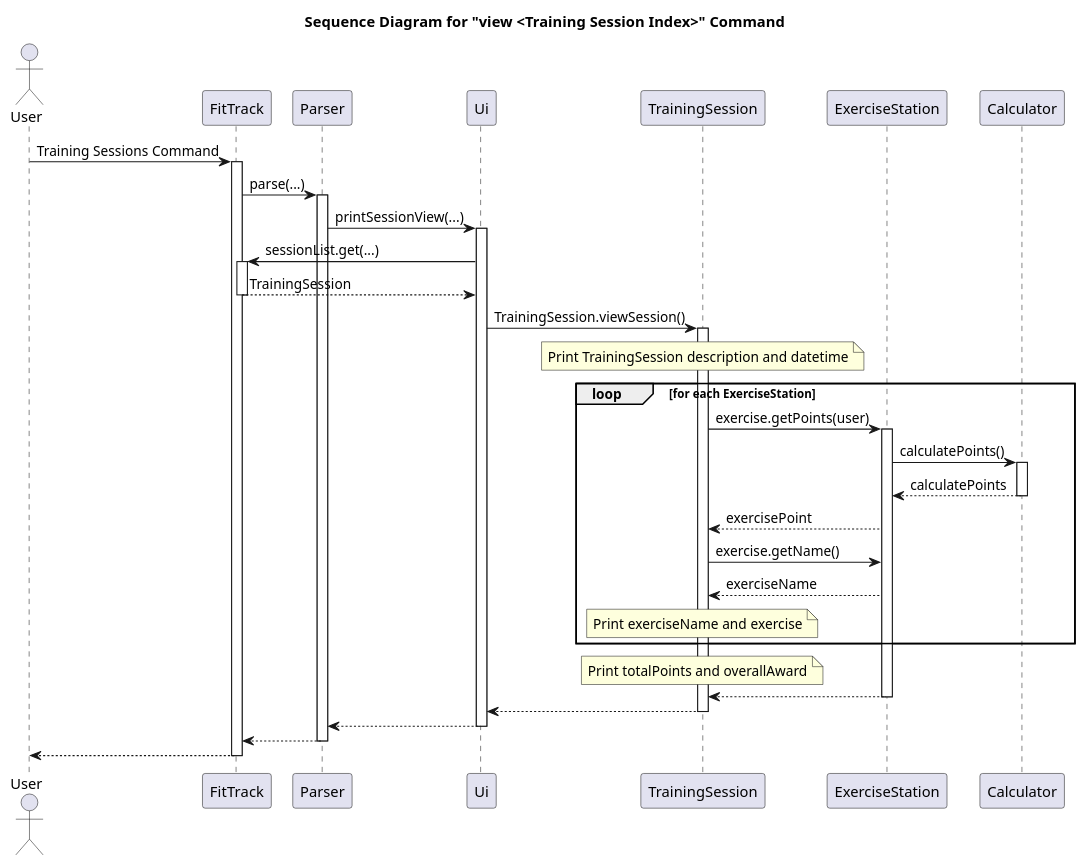
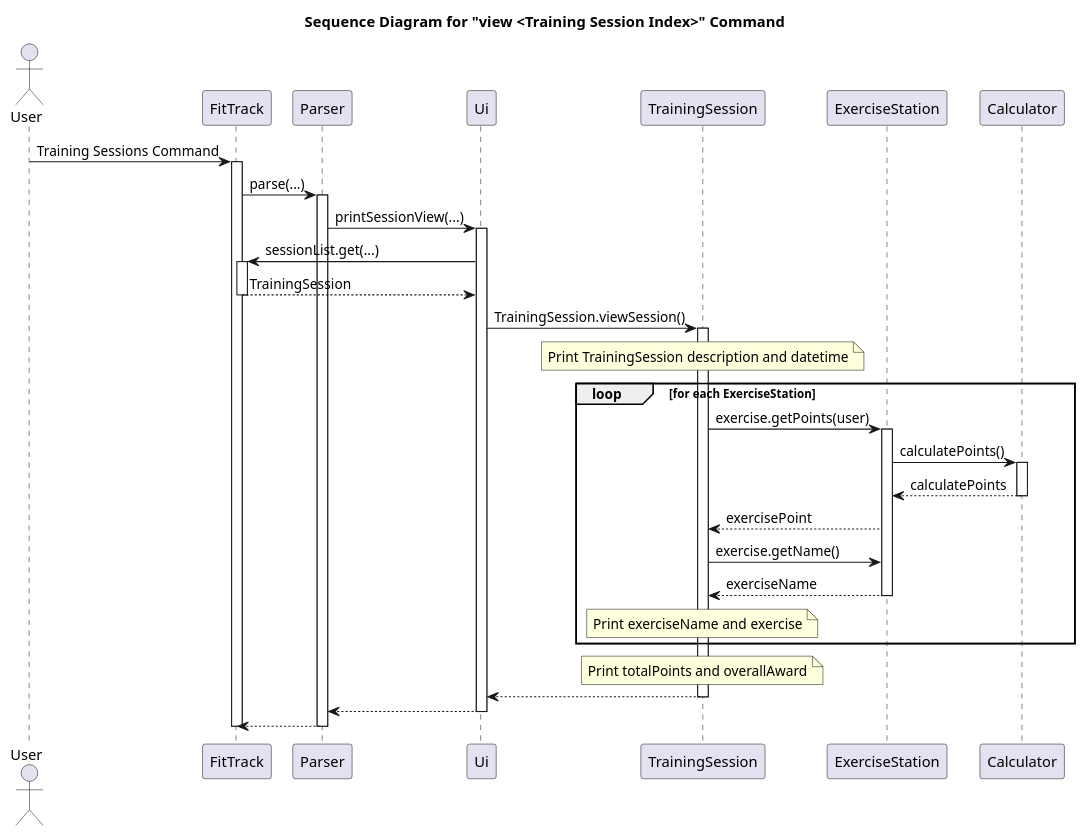
One commit to nus-cs2113-AY2425S1/tp changed the diagram in docs/Diagrams/Sequence_ViewTrainingSession.puml. Above: the diagram before and after it, drawn with PlantUML. The commit also changed 9 other files, not shown here.

```diff
--- a/docs/Diagrams/Sequence_ViewTrainingSession.puml
+++ b/docs/Diagrams/Sequence_ViewTrainingSession.puml
@@ -1,91 +1,90 @@
 @startuml
 title Sequence Diagram for "view <Training Session Index>" Command
 
 actor User
 
 User -> FitTrack: Training Sessions Command
 activate FitTrack
     FitTrack -> Parser: parse(...)
         activate Parser
             Parser -> Ui: printSessionView(...)
                 activate Ui
                     Ui -> FitTrack : sessionList.get(...)
                         activate FitTrack
                             FitTrack --> Ui: TrainingSession
                         deactivate FitTrack
                     Ui -> TrainingSession: TrainingSession.viewSession()
                         activate TrainingSession
                             note over TrainingSession
                             Print TrainingSession description and datetime
                             end note
                             loop for each ExerciseStation
                                 TrainingSession -> ExerciseStation: exercise.getPoints(user)
                                 activate ExerciseStation
                                     ExerciseStation -> Calculator: calculatePoints()
                                     activate Calculator
                                     Calculator --> ExerciseStation: calculatePoints
                                     deactivate Calculator
                                 ExerciseStation --> TrainingSession: exercisePoint
                                 TrainingSession -> ExerciseStation: exercise.getName()
                                 ExerciseStation --> TrainingSession: exerciseName
+                                deactivate ExerciseStation
                                 note over TrainingSession
                                 Print exerciseName and exercise
                                 end note
                             end loop
                             note over TrainingSession
                             Print totalPoints and overallAward
                             end note
-                            ExerciseStation --> TrainingSession
                             deactivate ExerciseStation
                             TrainingSession --> Ui
                         deactivate TrainingSession
                 Ui --> Parser
                 deactivate Ui
             Parser --> FitTrack
         deactivate Parser
-    FitTrack --> User
 deactivate FitTrack
 
 'activate FitTrack
 'FitTrack -> Parser: parse(...)
 'activate Parser
 'Parser -> Ui: printSessionList(...)
 '
 'activate Ui
 '
 'alt sessionList.isEmpty()
 '    note over Ui
 '        Print LIST_SESSION_EMPTY_MESSAGE
 '    end note
 'else !sessionList.isEmpty()
 '    note over Ui
 '        Print LIST_SESSION_MESSAGE
 '    end note
 '    loop for each in sessionList
 '        Ui --> FitTrack: sessionList.get(sessionIndex)
 '        activate FitTrack
 '        FitTrack --> Ui: TrainingSession
 '        deactivate FitTrack
 '
 '        Ui -> TrainingSession: getSessionDescription()
 '        activate TrainingSession
 '        TrainingSession --> Ui: sessionDescription
 '        deactivate TrainingSession
 '
 '        note over Ui
 '            Print sessionDescription
 '        end note
 '    end
 '    Ui -> Ui: printSessionCount()
 '    activate Ui
 '    Ui --> Ui
 '    deactivate Ui
 'end
 'Ui --> Parser
 'deactivate Ui
 'Parser --> FitTrack
 'deactivate Parser
 'FitTrack --> User
 'deactivate FitTrack
 
 @enduml
```
